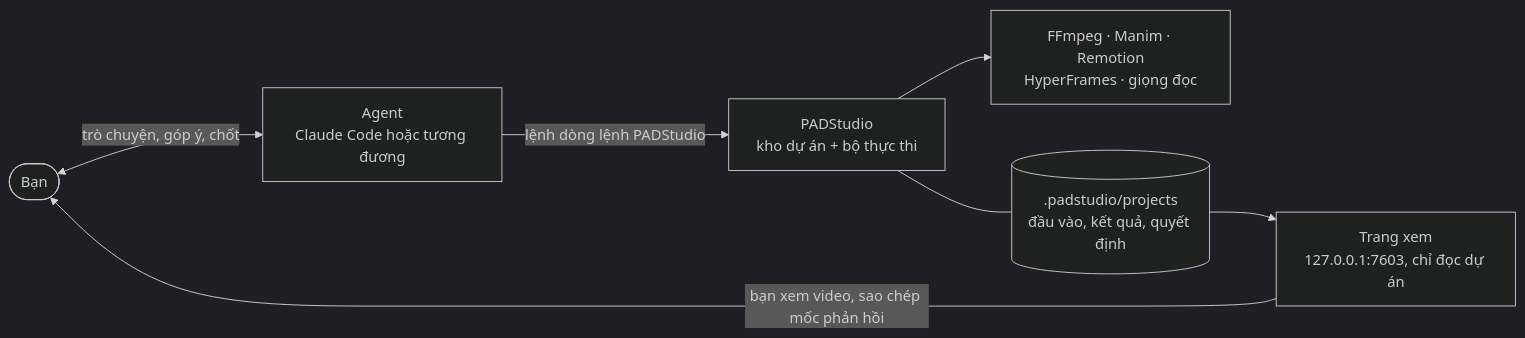
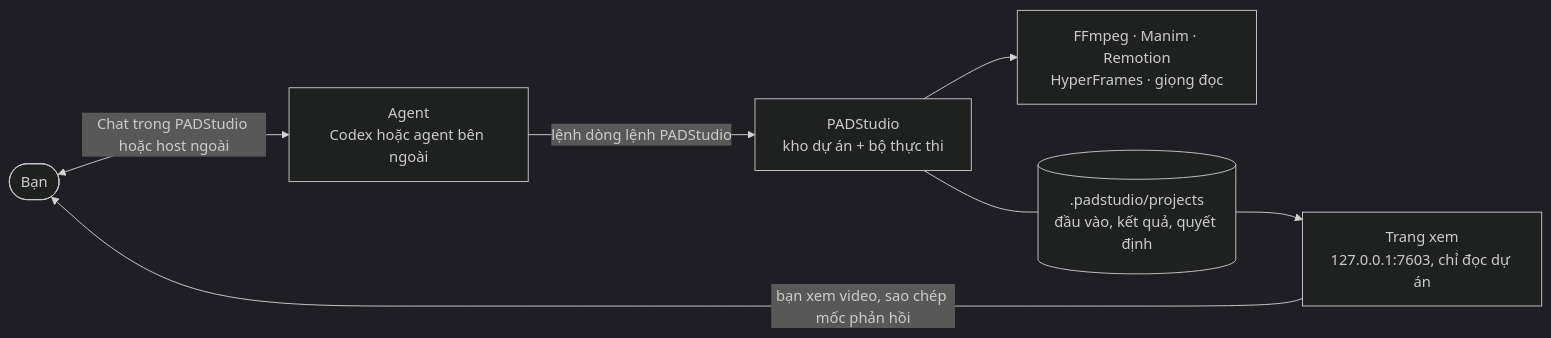
One commit to padduwcs/PADStudio changed the diagram in README.md. Above: the diagram before and after it, drawn with Mermaid (dark theme). The commit also changed other lines of this file and 31 other files, not shown here.

First line of the commit message:
feat: embed project-scoped Codex chat in PADStudio

````diff
--- a/README.md
+++ b/README.md
@@ -91,9 +95,9 @@
 ```mermaid
 flowchart LR
-    U([Bạn]) <-->|trò chuyện, góp ý, chốt| A[Agent<br/>Claude Code hoặc tương đương]
+    U([Bạn]) <-->|Chat trong PADStudio hoặc host ngoài| A[Agent<br/>Codex hoặc agent bên ngoài]
     A -->|lệnh dòng lệnh PADStudio| P[PADStudio<br/>kho dự án + bộ thực thi]
     P --> T[FFmpeg · Manim · Remotion<br/>HyperFrames · giọng đọc]
     P --- S[(.padstudio/projects<br/>đầu vào, kết quả, quyết định)]
     S --> W[Trang xem<br/>127.0.0.1:7603, chỉ đọc dự án]
     W -->|bạn xem video, sao chép mốc phản hồi| U
 ```
````
